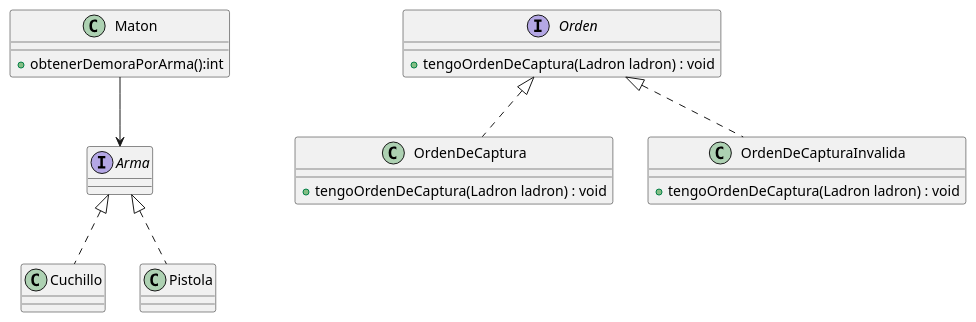
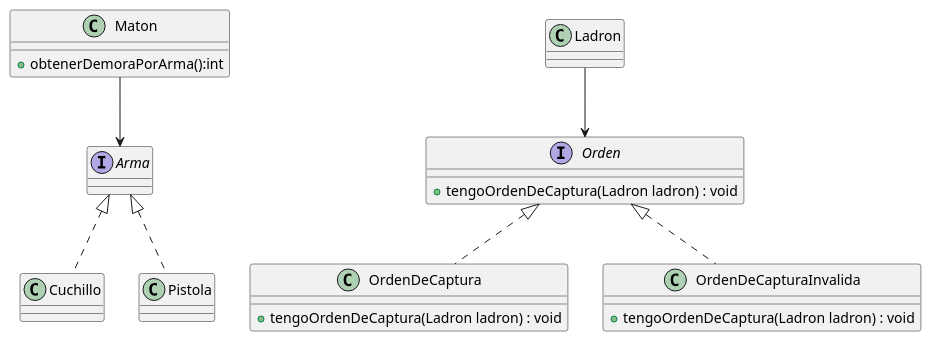
The diagram in diagrams/classes/dc_maton.plantuml (SeleneMartinez/Algo3_AlgoThief), drawn with PlantUML before and after one commit. The commit also changed 1 other file, not shown here.

Commit message:
Modified maton class diagram

```diff
--- a/diagrams/classes/dc_maton.plantuml
+++ b/diagrams/classes/dc_maton.plantuml
@@ -1,35 +1,39 @@
 @startuml
 class Maton
 {
  + obtenerDemoraPorArma():int
 }
 
 interface Arma
 {
 }
 
 class Cuchillo
 {
 }
 class Pistola
 {
 }
 
+class Ladron
+{
+}
 interface Orden
 {
     + tengoOrdenDeCaptura(Ladron ladron) : void
 }
 class OrdenDeCaptura
 {
     + tengoOrdenDeCaptura(Ladron ladron) : void
 }
 class OrdenDeCapturaInvalida
 {
     + tengoOrdenDeCaptura(Ladron ladron) : void
 }
 Orden <|.. OrdenDeCaptura
 Orden <|.. OrdenDeCapturaInvalida
 Maton --> Arma
 Arma <|.. Cuchillo
 Arma <|.. Pistola
+Ladron --> Orden
 @enduml
```
